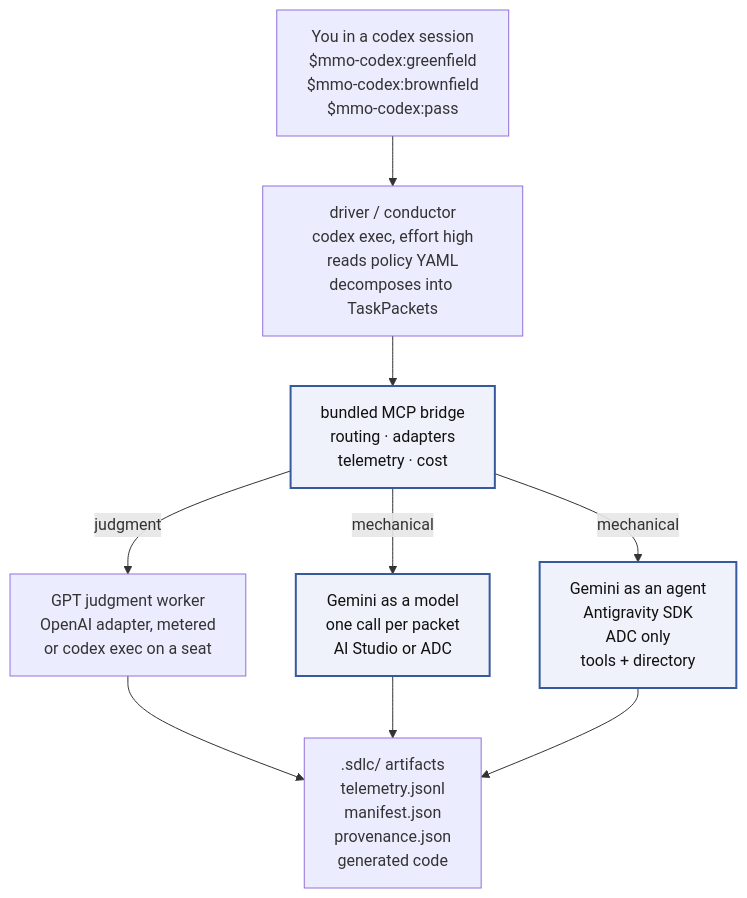
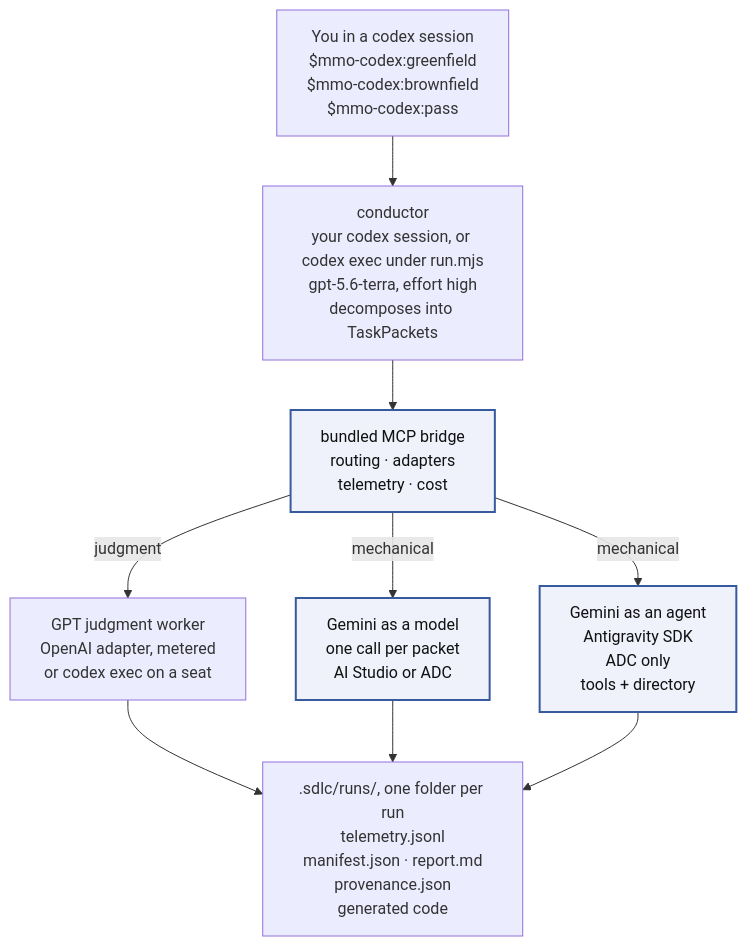
The first of 3 diagrams in README.md (Vaibhav172423/ai-sdlc-orchestrator-codex-harness), drawn with Mermaid before and after one commit. The commit also changed other lines of this file and 2 other files, not shown here.

First line of the commit message:
docs(readme): lead with the session route and point headless runs at the cost check

````diff
--- a/README.md
+++ b/README.md
@@ -21,22 +33,22 @@
 ```mermaid
 flowchart TD
     User["You in a codex session<br/>$mmo-codex:greenfield<br/>$mmo-codex:brownfield<br/>$mmo-codex:pass"]
-    Driver["driver / conductor<br/>codex exec, effort high<br/>reads policy YAML<br/>decomposes into TaskPackets"]
+    Driver["conductor<br/>your codex session, or codex exec under run.mjs<br/>gpt-5.6-terra, effort high<br/>decomposes into TaskPackets"]
     MCP["bundled MCP bridge<br/>routing · adapters<br/>telemetry · cost"]
     GPT["GPT judgment worker<br/>OpenAI adapter, metered<br/>or codex exec on a seat"]
     GemModel["Gemini as a model<br/>one call per packet<br/>AI Studio or ADC"]
     GemAgent["Gemini as an agent<br/>Antigravity SDK<br/>ADC only<br/>tools + directory"]
-    Out[".sdlc/ artifacts<br/>telemetry.jsonl<br/>manifest.json<br/>provenance.json<br/>generated code"]
+    Out[".sdlc/runs/, one folder per run<br/>telemetry.jsonl<br/>manifest.json · report.md<br/>provenance.json<br/>generated code"]
 
     User --> Driver
     Driver --> MCP
     MCP -->|judgment| GPT
     MCP -->|mechanical| GemModel
     MCP -->|mechanical| GemAgent
     GPT --> Out
     GemModel --> Out
     GemAgent --> Out
 
     classDef hero fill:#EFF2FA,stroke:#375A9D,stroke-width:2px,color:#111
     class MCP,GemModel,GemAgent hero
 ```
````
